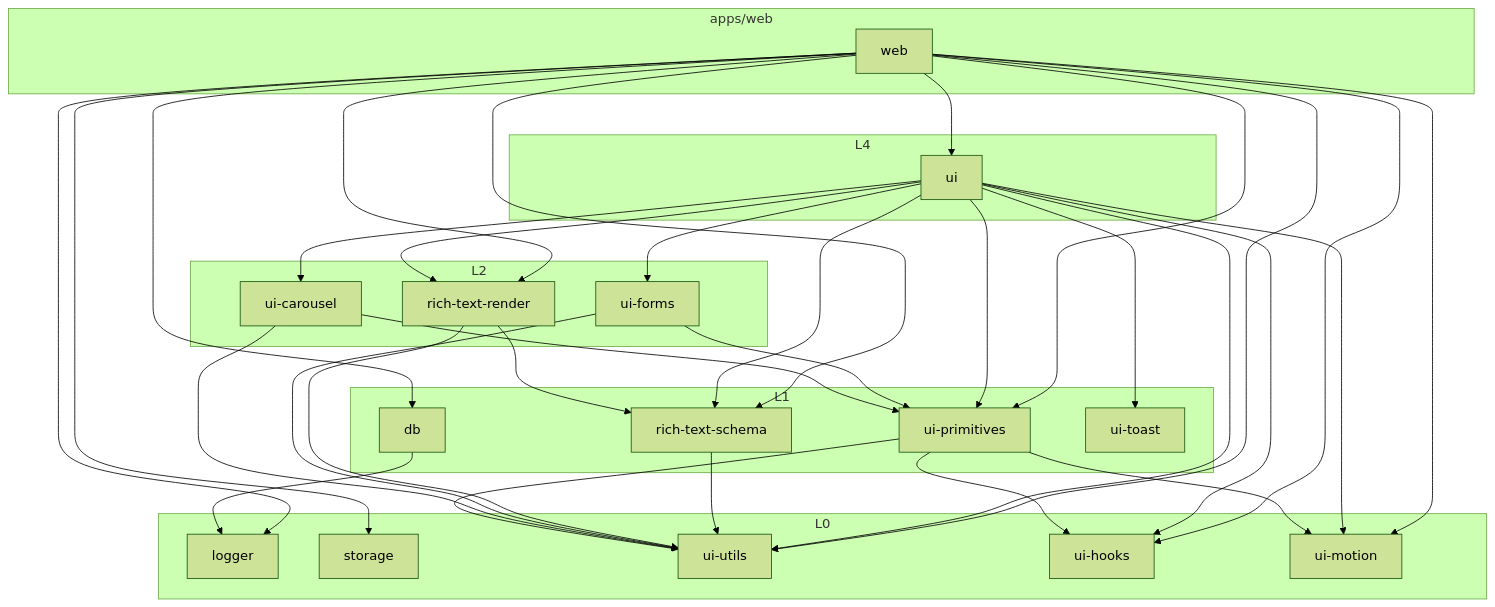
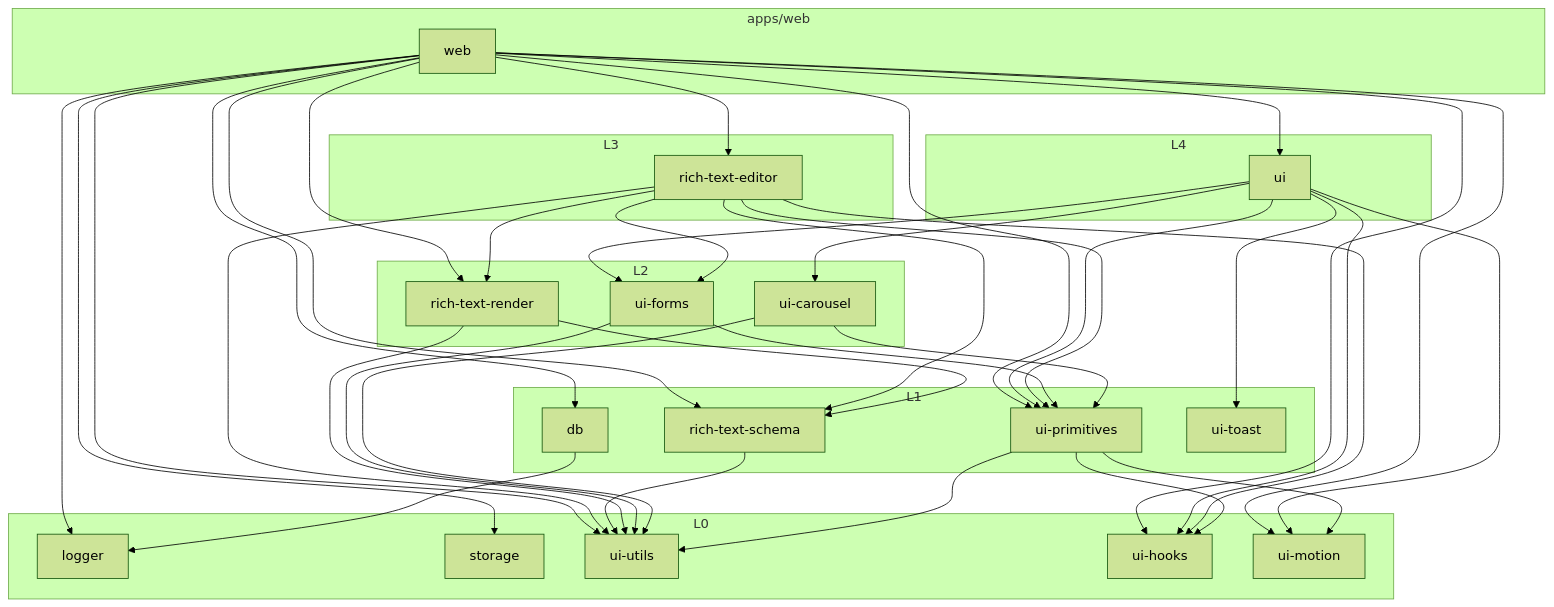
The third of 9 diagrams in docs/architecture.md (lthphuw/byte-of-me), drawn with Mermaid (forest theme) before and after one commit. The commit also changed other lines of this file and 92 other files, not shown here.

````diff
--- a/docs/architecture.md
+++ b/docs/architecture.md
@@ -171,58 +176,65 @@
 ```mermaid
 flowchart TB
     subgraph APP["apps/web"]
         WEB["web"]
     end
     subgraph L4["L4"]
         UI["ui"]
+    end
+    subgraph L3["L3"]
+        EDITOR["rich-text-editor"]
     end
     subgraph L2["L2"]
         FORMS["ui-forms"]
         CAROUSEL["ui-carousel"]
         RENDER["rich-text-render"]
     end
     subgraph L1["L1"]
         DB["db"]
         SCHEMA["rich-text-schema"]
         PRIMS["ui-primitives"]
         TOAST["ui-toast"]
     end
     subgraph L0["L0"]
         LOG["logger"]
         ST["storage"]
         UTILS["ui-utils"]
         HOOKS["ui-hooks"]
         MOTION["ui-motion"]
     end
 
     WEB --> UI
+    WEB --> EDITOR
     WEB --> DB
     WEB --> ST
     WEB --> LOG
     WEB --> UTILS
     WEB --> HOOKS
     WEB --> MOTION
     WEB --> PRIMS
     WEB --> SCHEMA
     WEB --> RENDER
-    UI --> SCHEMA
-    UI --> RENDER
-    UI --> UTILS
     UI --> HOOKS
     UI --> MOTION
     UI --> PRIMS
     UI --> TOAST
     UI --> FORMS
     UI --> CAROUSEL
+    EDITOR --> SCHEMA
+    EDITOR --> RENDER
+    EDITOR --> UTILS
+    EDITOR --> HOOKS
+    EDITOR --> PRIMS
+    EDITOR --> FORMS
     SCHEMA --> UTILS
     RENDER --> SCHEMA
     RENDER --> UTILS
     FORMS --> PRIMS
     FORMS --> UTILS
     CAROUSEL --> PRIMS
     CAROUSEL --> UTILS
     PRIMS --> UTILS
     PRIMS --> HOOKS
     PRIMS --> MOTION
     DB --> LOG
 ```
````
